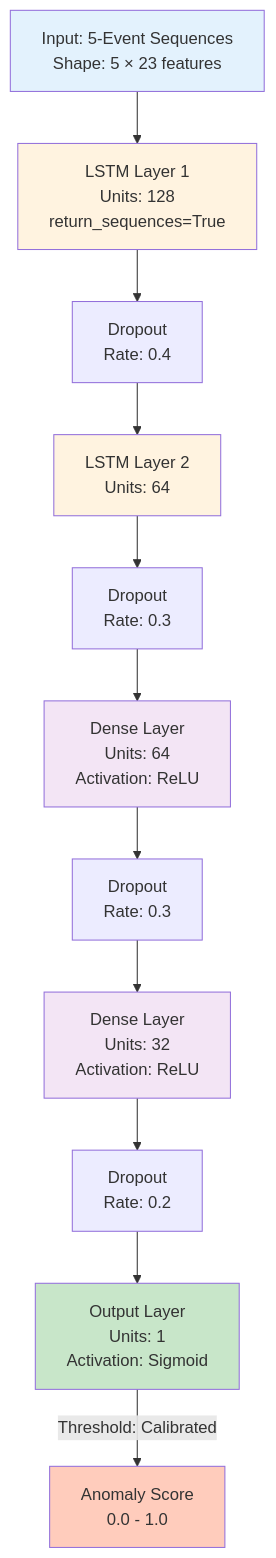
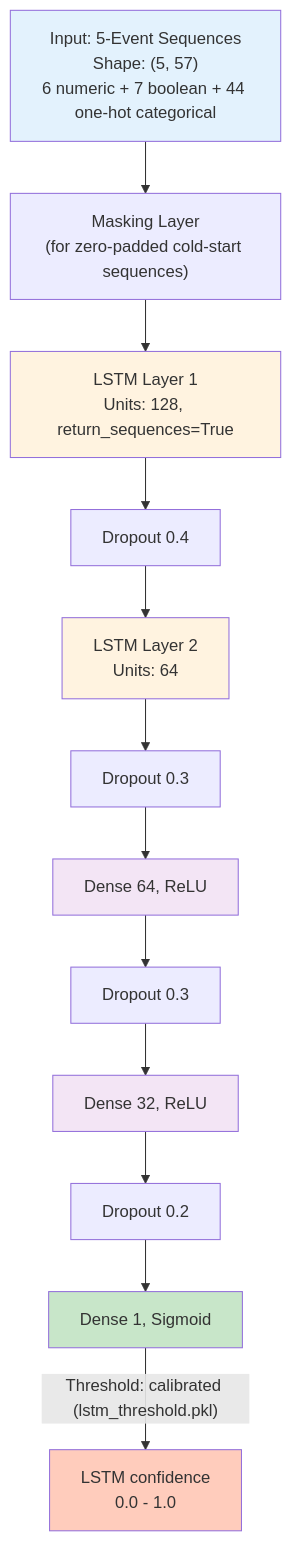
Before and after one commit to rupeshdharavath/Anomaly-Detection-cyber: the fourth of 5 diagrams in ARCHITECTURE.md, drawn with Mermaid. The commit also changed other lines of this file and 4 other files, not shown here.

````diff
--- a/ARCHITECTURE.md
+++ b/ARCHITECTURE.md
@@ -186,28 +136,25 @@
 ```mermaid
 graph TD
-    Input["Input: 5-Event Sequences<br/>Shape: 5 × 23 features"]
-    
-    Input --> LSTM1["LSTM Layer 1<br/>Units: 128<br/>return_sequences=True"]
-    LSTM1 --> Drop1["Dropout<br/>Rate: 0.4"]
-    
+    Input["Input: 5-Event Sequences<br/>Shape: (5, 57)<br/>6 numeric + 7 boolean + 44 one-hot categorical"]
+
+    Input --> Mask["Masking Layer<br/>(for zero-padded cold-start sequences)"]
+    Mask --> LSTM1["LSTM Layer 1<br/>Units: 128, return_sequences=True"]
+    LSTM1 --> Drop1["Dropout 0.4"]
     Drop1 --> LSTM2["LSTM Layer 2<br/>Units: 64"]
-    LSTM2 --> Drop2["Dropout<br/>Rate: 0.3"]
-    
-    Drop2 --> Dense1["Dense Layer<br/>Units: 64<br/>Activation: ReLU"]
-    Dense1 --> Drop3["Dropout<br/>Rate: 0.3"]
-    
-    Drop3 --> Dense2["Dense Layer<br/>Units: 32<br/>Activation: ReLU"]
-    Dense2 --> Drop4["Dropout<br/>Rate: 0.2"]
-    
-    Drop4 --> Output["Output Layer<br/>Units: 1<br/>Activation: Sigmoid"]
-    
-    Output -->|Threshold: Calibrated| Predict["Anomaly Score<br/>0.0 - 1.0"]
-    
+    LSTM2 --> Drop2["Dropout 0.3"]
+    Drop2 --> Dense1["Dense 64, ReLU"]
+    Dense1 --> Drop3["Dropout 0.3"]
+    Drop3 --> Dense2["Dense 32, ReLU"]
+    Dense2 --> Drop4["Dropout 0.2"]
+    Drop4 --> Output["Dense 1, Sigmoid"]
+
+    Output -->|"Threshold: calibrated (lstm_threshold.pkl)"| Predict["LSTM confidence<br/>0.0 - 1.0"]
+
     style Input fill:#e3f2fd
     style LSTM1 fill:#fff3e0
     style LSTM2 fill:#fff3e0
     style Dense1 fill:#f3e5f5
     style Dense2 fill:#f3e5f5
     style Output fill:#c8e6c9
     style Predict fill:#ffccbc
 ```
````
